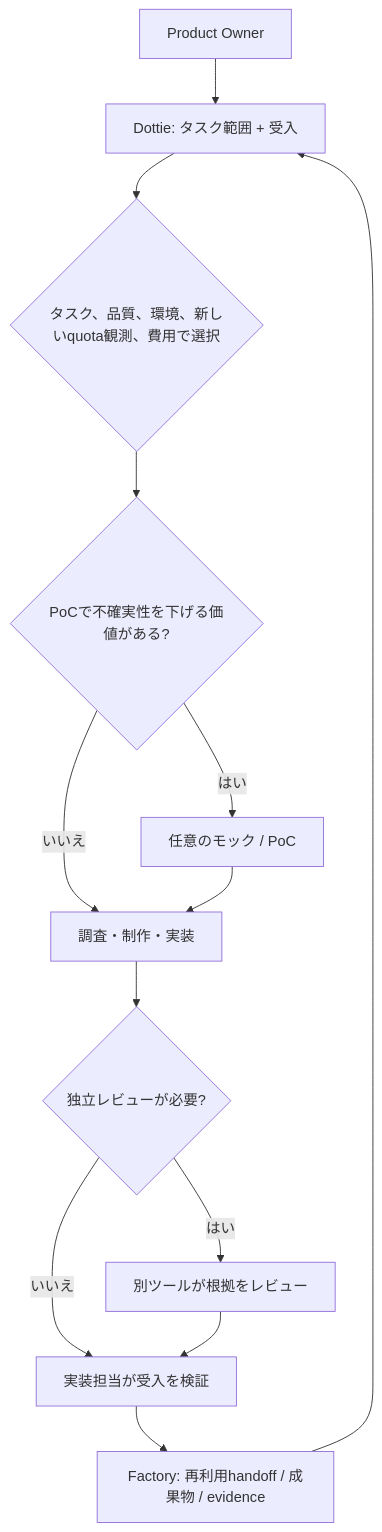
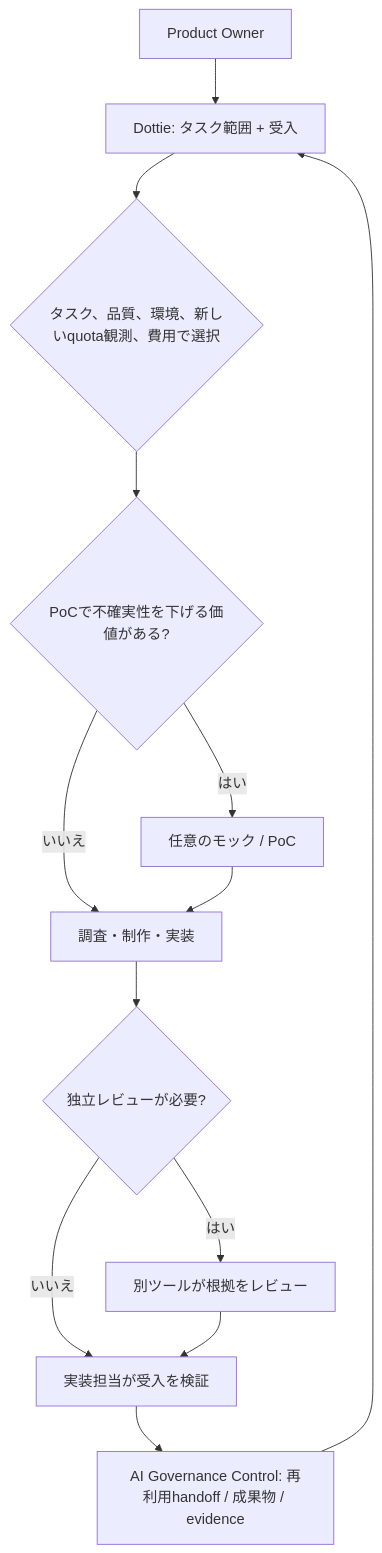
The diagram in docs/routing-guide.ja.md (moruku36/multi-ai-workflow), drawn with Mermaid before and after one commit. The commit also changed other lines of this file and 22 other files, not shown here.

Commit message:
docs: use AI Governance Control display name

````diff
--- a/docs/routing-guide.ja.md
+++ b/docs/routing-guide.ja.md
@@ -67,15 +67,15 @@
 ```mermaid
 flowchart TD
     U["Product Owner"] --> D["Dottie: タスク範囲 + 受入"]
     D --> C{"タスク、品質、環境、新しいquota観測、費用で選択"}
     C --> P{"PoCで不確実性を下げる価値がある?"}
     P -->|はい| M["任意のモック / PoC"]
     P -->|いいえ| I["調査・制作・実装"]
     M --> I
     I --> V{"独立レビューが必要?"}
     V -->|はい| R["別ツールが根拠をレビュー"]
     V -->|いいえ| E["実装担当が受入を検証"]
     R --> E
-    E --> F["Factory: 再利用handoff / 成果物 / evidence"]
+    E --> F["AI Governance Control: 再利用handoff / 成果物 / evidence"]
     F --> D
 ```
````
